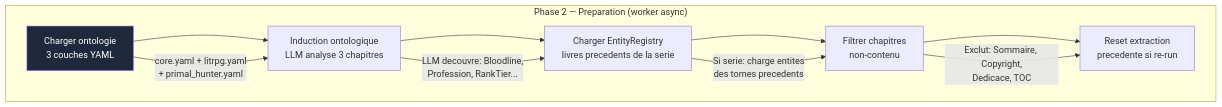
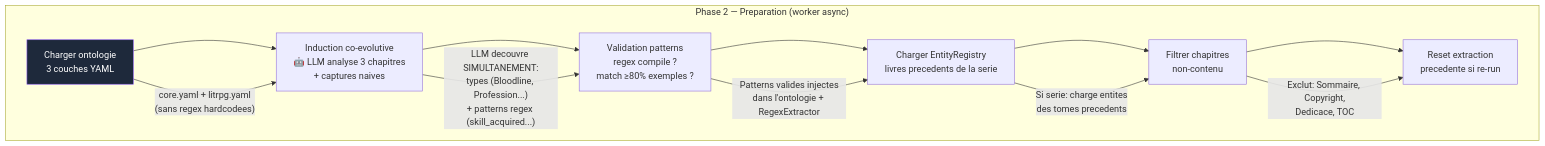
One commit to xairon/WorldRAG changed the fourth of 11 diagrams in docs/architecture/extraction-pipeline.md. Above: the diagram before and after it, drawn with Mermaid. The commit also changed other lines of this file and 1 other file, not shown here.

Commit message:
docs: update pipeline doc — co-evolutionary induction, remove hardcoded regex references

````diff
--- a/docs/architecture/extraction-pipeline.md
+++ b/docs/architecture/extraction-pipeline.md
@@ -146,16 +146,18 @@
 ```mermaid
 graph TD
     subgraph "Phase 2 — Preparation (worker async)"
-        A[Charger ontologie<br>3 couches YAML] --> B[Induction ontologique<br>LLM analyse 3 chapitres]
-        B --> C[Charger EntityRegistry<br>livres precedents de la serie]
+        A[Charger ontologie<br>3 couches YAML] --> B["Induction co-evolutive<br>🤖 LLM analyse 3 chapitres<br>+ captures naives"]
+        B --> B2[Validation patterns<br>regex compile ?<br>match ≥80% exemples ?]
+        B2 --> C[Charger EntityRegistry<br>livres precedents de la serie]
         C --> D[Filtrer chapitres<br>non-contenu]
         D --> E[Reset extraction<br>precedente si re-run]
     end
 
-    A -->|"core.yaml + litrpg.yaml<br>+ primal_hunter.yaml"| B
-    B -->|"LLM decouvre: Bloodline,<br>Profession, RankTier..."| C
+    A -->|"core.yaml + litrpg.yaml<br>(sans regex hardcodees)"| B
+    B -->|"LLM decouvre SIMULTANEMENT:<br>types (Bloodline, Profession...)<br>+ patterns regex (skill_acquired...)"| B2
+    B2 -->|"Patterns valides injectes<br>dans l'ontologie + RegexExtractor"| C
     C -->|"Si serie: charge entites<br>des tomes precedents"| D
     D -->|"Exclut: Sommaire, Copyright,<br>Dedicace, TOC"| E
 
     style A fill:#1e293b,stroke:#8b5cf6,color:#fff
 ```
````
